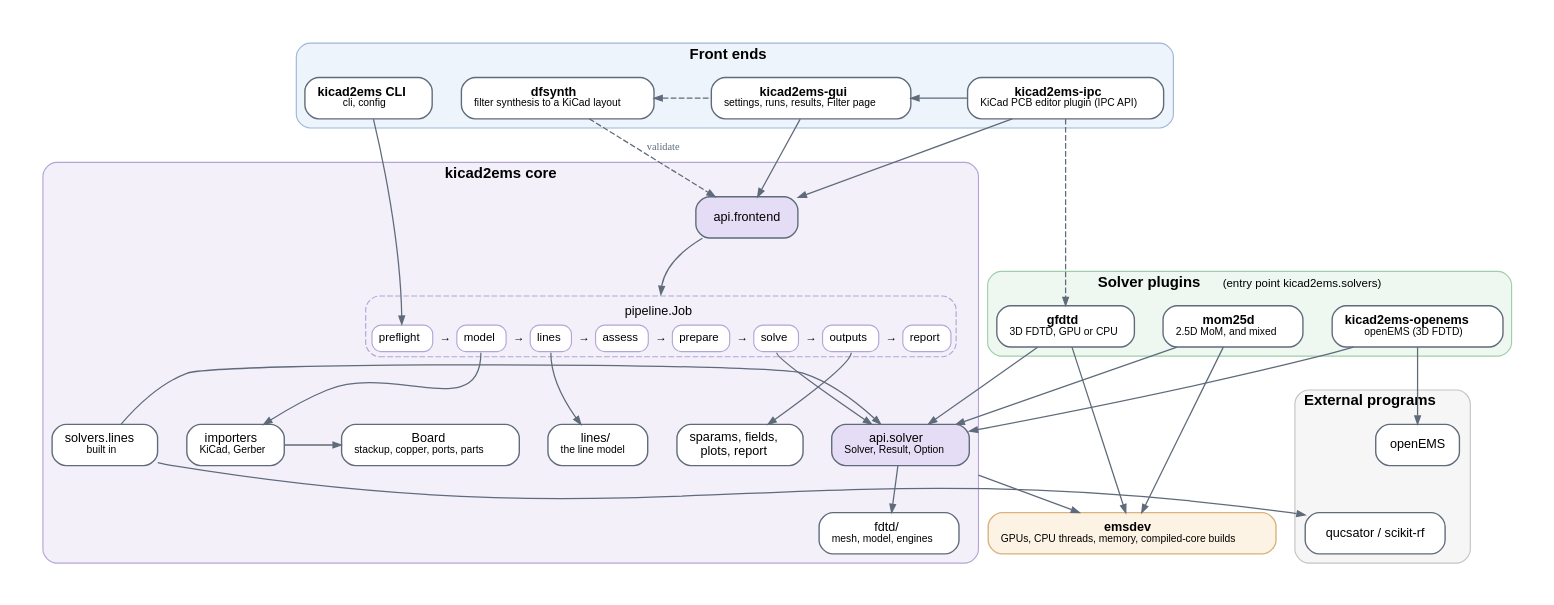
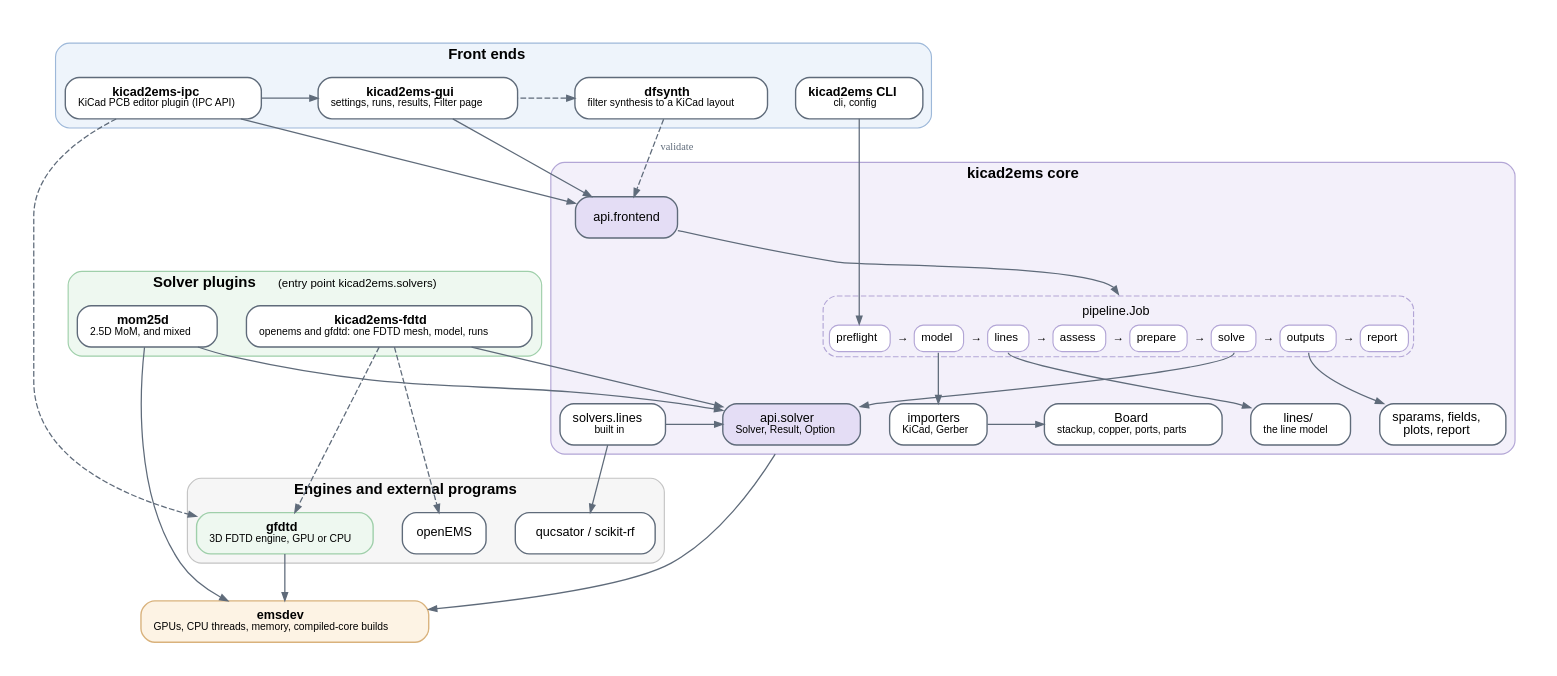
One commit to lowprocess/kicad2ems changed the diagram in docs/img/architecture.dot. Above: the diagram before and after it, drawn with Graphviz. The commit also changed 51 other files, not shown here.

First line of the commit message:
Move the FDTD layer into kicad2ems-fdtd; kicad2ems.api 2.0

```diff
--- a/docs/img/architecture.dot
+++ b/docs/img/architecture.dot
@@ -1,78 +1,77 @@
 // The repositories and how they connect: the README's diagram.
 //   dot -Tsvg docs/img/architecture.dot -o docs/img/architecture.svg
 // An arrow points from a package to what it uses: solid when required, dashed when optional.
 digraph kicad2ems {
     graph [rankdir=TB, bgcolor="white", fontname="Helvetica", fontsize=13, nodesep=0.35, ranksep=0.55,
            newrank=true, compound=true, pad=0.3];
     node  [shape=box, style="rounded,filled", fontname="Helvetica", fontsize=11, margin="0.15,0.07",
            color="#5f6b7a", fillcolor="white", penwidth=1.2];
     edge  [color="#5f6b7a", arrowsize=0.7, penwidth=1.1];
 
     subgraph cluster_fe {
         label=<<b>Front ends</b>>; style="rounded,filled"; fillcolor="#eef4fb"; color="#9db8d9";
         cli [label=<<b>kicad2ems CLI</b><br/><font point-size="9">cli, config</font>>];
         ipc [label=<<b>kicad2ems-ipc</b><br/><font point-size="9">KiCad PCB editor plugin (IPC API)</font>>];
         gui [label=<<b>kicad2ems-gui</b><br/><font point-size="9">settings, runs, results, Filter page</font>>];
         dfs [label=<<b>dfsynth</b><br/><font point-size="9">filter synthesis to a KiCad layout</font>>];
     }
 
     subgraph cluster_core {
         label=<<b>kicad2ems core</b>>; style="rounded,filled"; fillcolor="#f3f0fa"; color="#b3a6d6";
         apif [label="api.frontend", fillcolor="#e4ddf5"];
 
         job [shape=plain, style="", label=<<table border="1" style="rounded,dashed" color="#b3a6d6" cellspacing="4" cellborder="0">
             <tr><td colspan="15" border="0"><font point-size="11">pipeline.Job</font></td></tr>
             <tr><td port="preflight" border="1" style="rounded" bgcolor="white" cellpadding="5">preflight</td><td border="0">&#8594;</td><td port="model" border="1" style="rounded" bgcolor="white" cellpadding="5">model</td><td border="0">&#8594;</td><td port="lines" border="1" style="rounded" bgcolor="white" cellpadding="5">lines</td><td border="0">&#8594;</td><td port="assess" border="1" style="rounded" bgcolor="white" cellpadding="5">assess</td><td border="0">&#8594;</td><td port="prepare" border="1" style="rounded" bgcolor="white" cellpadding="5">prepare</td><td border="0">&#8594;</td><td port="solve" border="1" style="rounded" bgcolor="white" cellpadding="5">solve</td><td border="0">&#8594;</td><td port="outputs" border="1" style="rounded" bgcolor="white" cellpadding="5">outputs</td><td border="0">&#8594;</td><td port="report" border="1" style="rounded" bgcolor="white" cellpadding="5">report</td></tr></table>>, fontsize=10];
 
         imp   [label=<importers<br/><font point-size="9">KiCad, Gerber</font>>];
         brd   [label=<Board<br/><font point-size="9">stackup, copper, ports, parts</font>>];
         lm    [label=<lines/<br/><font point-size="9">the line model</font>>];
         res   [label=<sparams, fields,<br/>plots, report>];
         apis  [label=<api.solver<br/><font point-size="9">Solver, Result, Option</font>>, fillcolor="#e4ddf5"];
-        fdtd  [label=<fdtd/<br/><font point-size="9">mesh, model, engines</font>>];
         lsol  [label=<solvers.lines<br/><font point-size="9">built in</font>>];
     }
 
     subgraph cluster_solv {
         label=<<b>Solver plugins</b> <font point-size="10">(entry point kicad2ems.solvers)</font>>;
         style="rounded,filled"; fillcolor="#eef8f0"; color="#9fcfaa";
-        oep [label=<<b>kicad2ems-openems</b><br/><font point-size="9">openEMS (3D FDTD)</font>>];
+        fd  [label=<<b>kicad2ems-fdtd</b><br/><font point-size="9">openems and gfdtd: one FDTD mesh, model, runs</font>>];
         mom [label=<<b>mom25d</b><br/><font point-size="9">2.5D MoM, and mixed</font>>];
-        gf  [label=<<b>gfdtd</b><br/><font point-size="9">3D FDTD, GPU or CPU</font>>];
     }
 
     subgraph cluster_ext {
-        label=<<b>External programs</b>>; style="rounded,filled"; fillcolor="#f6f6f6"; color="#c4c4c4";
+        label=<<b>Engines and external programs</b>>; style="rounded,filled"; fillcolor="#f6f6f6"; color="#c4c4c4";
+        gf   [label=<<b>gfdtd</b><br/><font point-size="9">3D FDTD engine, GPU or CPU</font>>, fillcolor="#eef8f0", color="#9fcfaa"];
         oems [label="openEMS"];
         qucs [label="qucsator / scikit-rf"];
     }
 
     dev [label=<<b>emsdev</b><br/><font point-size="9">GPUs, CPU threads, memory, compiled-core builds</font>>,
          fillcolor="#fdf3e4", color="#d9b27c"];
 
     // front ends
     ipc -> apif; gui -> ipc [dir=back]; ipc -> gf [style=dashed];   // dir=back: drawn as ipc uses gui, laid out left to right
     gui -> apif; dfs -> gui [dir=back, style=dashed];
     dfs -> apif [style=dashed, label=" validate", fontsize=9, fontcolor="#5f6b7a"];
     cli -> job:preflight:n;
     apif -> job:n;
 
     // the stages and the modules they run
     job:model:s -> imp; imp -> brd; job:lines:s -> lm;
     job:outputs:s -> res; job:solve:s -> apis;
 
     // solvers
     lsol -> apis; lsol -> qucs;
-    apis -> fdtd;
-    oep -> apis; mom -> apis; gf -> apis;
-    oep -> oems;
+    fd -> apis; mom -> apis;
+    fd -> oems [style=dashed]; fd -> gf [style=dashed];
 
     // the machine
     apis -> dev [ltail=cluster_core];
     mom -> dev; gf -> dev;
 
     { rank=same; cli; dfs; gui; ipc; }
     { rank=same; imp; brd; lm; res; }
     { rank=same; lsol; apis; }
-    { rank=same; oep; mom; gf; }
+    { rank=same; fd; mom; }
+    { rank=same; gf; oems; qucs; }
 }
```
